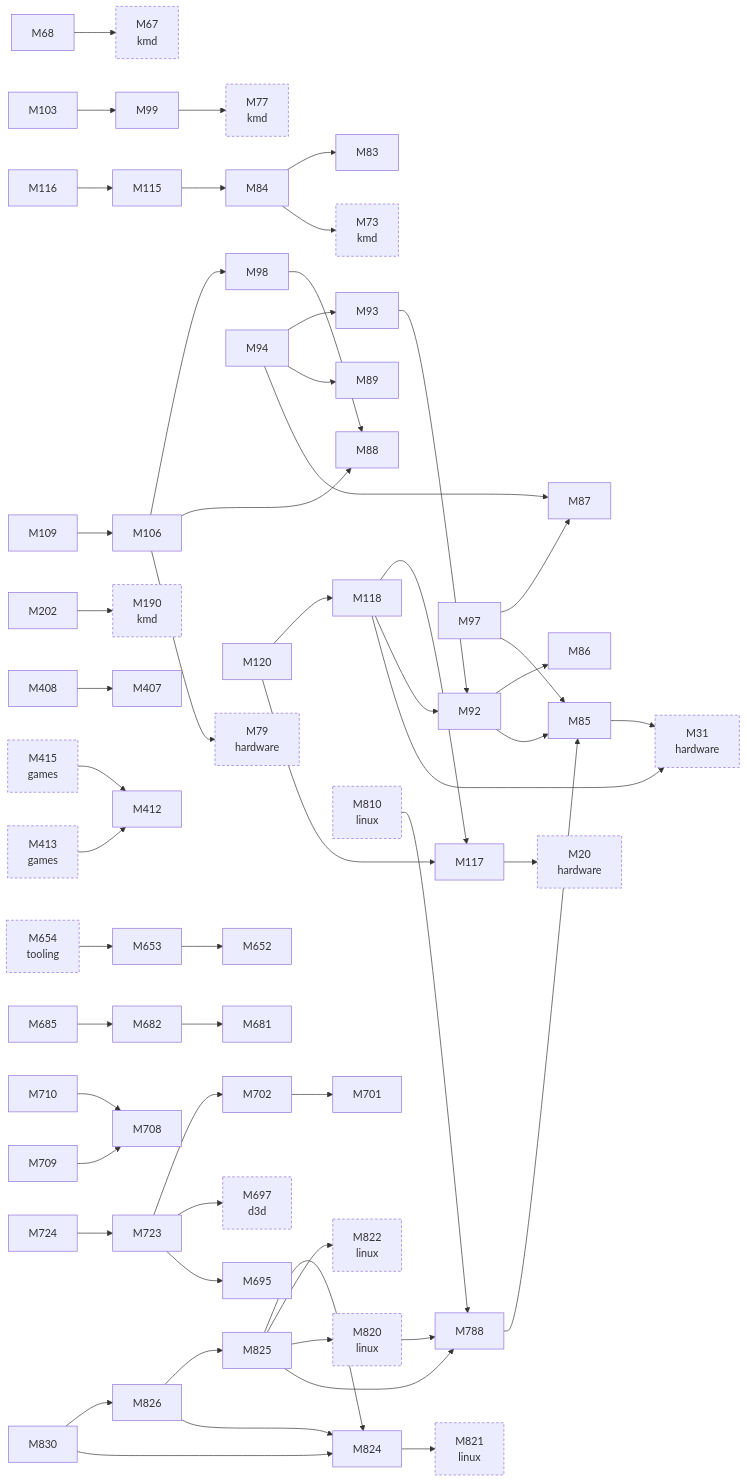
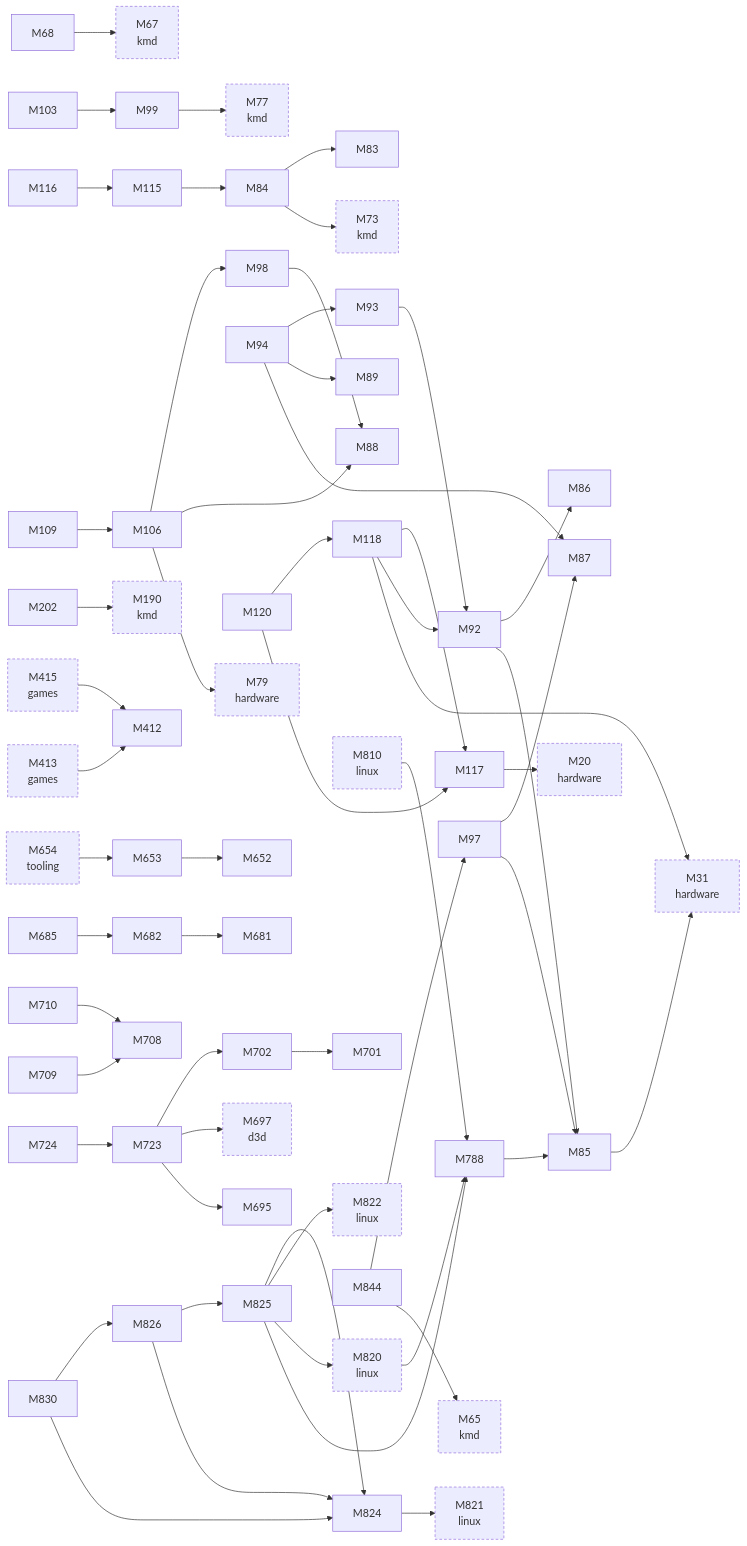
One commit to D-Ogi/amdgpu-wddm changed the second of 3 diagrams in docs/facts/graphs/display.md. Above: the diagram before and after it, drawn with Mermaid. The commit also changed 14 other files, not shown here.

````diff
--- a/docs/facts/graphs/display.md
+++ b/docs/facts/graphs/display.md
@@ -38,6 +38,7 @@
 flowchart LR
   M20["M20<br/>hardware"]
   M31["M31<br/>hardware"]
+  M65["M65<br/>kmd"]
   M67["M67<br/>kmd"]
   M68["M68"]
   M73["M73<br/>kmd"]
@@ -66,8 +67,6 @@
   M120["M120"]
   M190["M190<br/>kmd"]
   M202["M202"]
-  M407["M407"]
-  M408["M408"]
   M412["M412"]
   M413["M413<br/>games"]
   M415["M415<br/>games"]
@@ -95,6 +94,7 @@
   M825["M825"]
   M826["M826"]
   M830["M830"]
+  M844["M844"]
   M68 --> M67
   M84 --> M73
   M84 --> M83
@@ -123,7 +123,6 @@
   M120 --> M117
   M120 --> M118
   M202 --> M190
-  M408 --> M407
   M653 --> M652
   M682 --> M681
   M685 --> M682
@@ -144,11 +143,13 @@
   M826 --> M825
   M830 --> M824
   M830 --> M826
+  M844 --> M65
+  M844 --> M97
   M413 --> M412
   M415 --> M412
   M810 --> M788
   M820 --> M788
   M654 --> M653
   classDef other stroke-dasharray:4 3
-  class M20,M31,M67,M73,M77,M79,M190,M413,M415,M654,M697,M810,M820,M821,M822 other
+  class M20,M31,M65,M67,M73,M77,M79,M190,M413,M415,M654,M697,M810,M820,M821,M822 other
 ```
````
